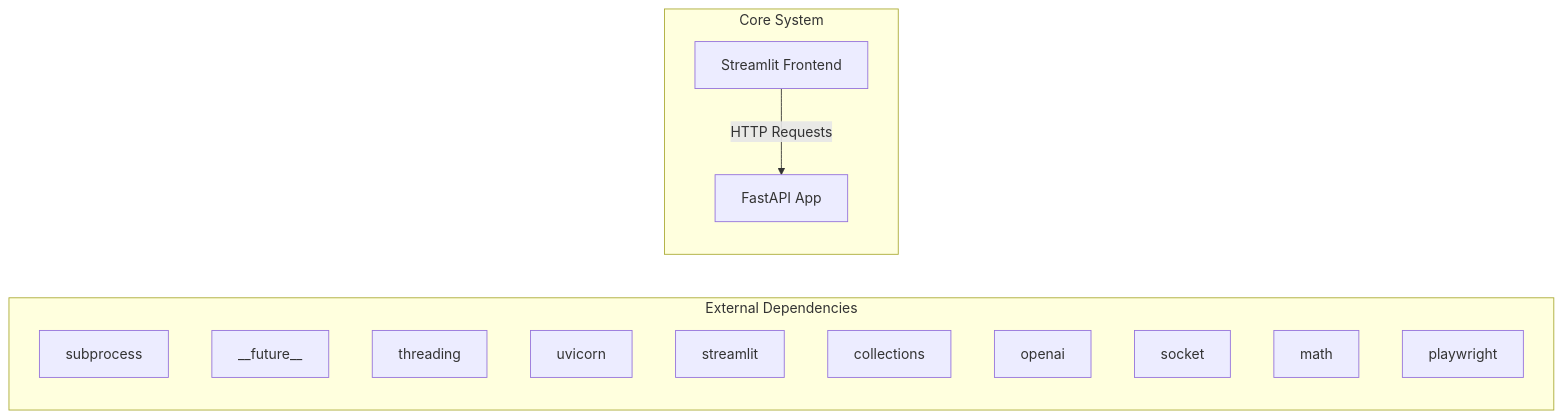
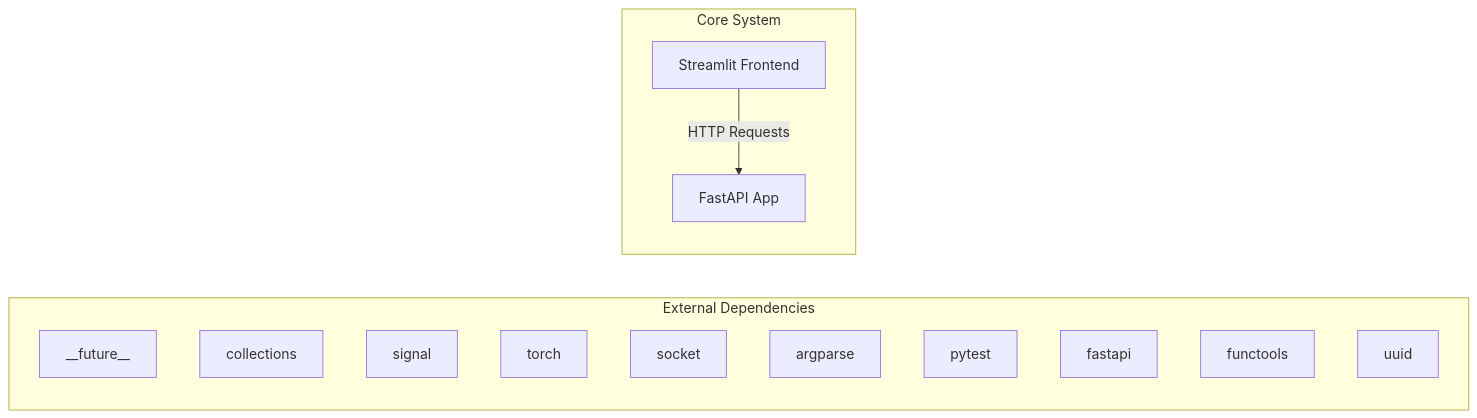
Before and after one commit to NITISH-R-G/rag-context-optimizer: the first of 2 diagrams in docs/architecture.md, drawn with Mermaid. The commit also changed 1 other file, not shown here.

Commit message:
docs: auto-update repository knowledge, architecture diagrams, and documentation

````diff
--- a/docs/architecture.md
+++ b/docs/architecture.md
@@ -7,20 +7,20 @@
 ```mermaid
 graph LR
     subgraph External Dependencies
-        E0["subprocess"]
-        E1["__future__"]
-        E2["threading"]
-        E3["uvicorn"]
-        E4["streamlit"]
-        E5["collections"]
-        E6["openai"]
-        E7["socket"]
-        E8["math"]
-        E9["playwright"]
+        E0["__future__"]
+        E1["collections"]
+        E2["signal"]
+        E3["torch"]
+        E4["socket"]
+        E5["argparse"]
+        E6["pytest"]
+        E7["fastapi"]
+        E8["functools"]
+        E9["uuid"]
     end
     subgraph Core System
         API["FastAPI App"]
         UI["Streamlit Frontend"]
     end
     UI -->|HTTP Requests| API
 ```
````
